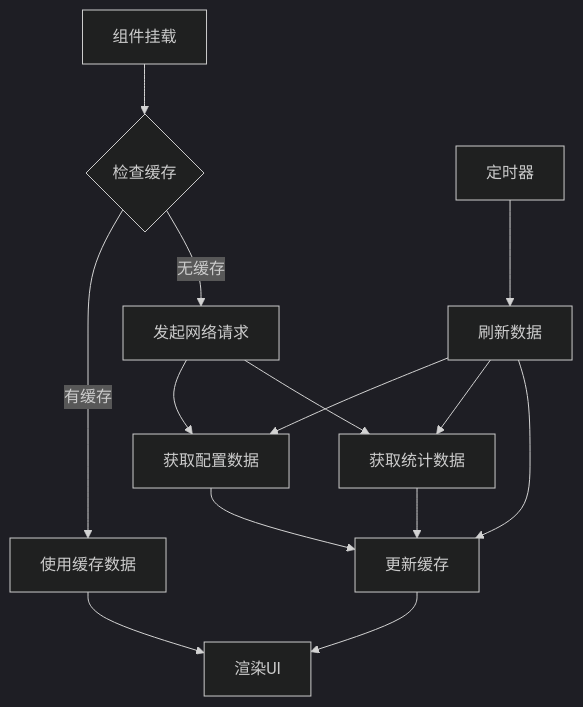
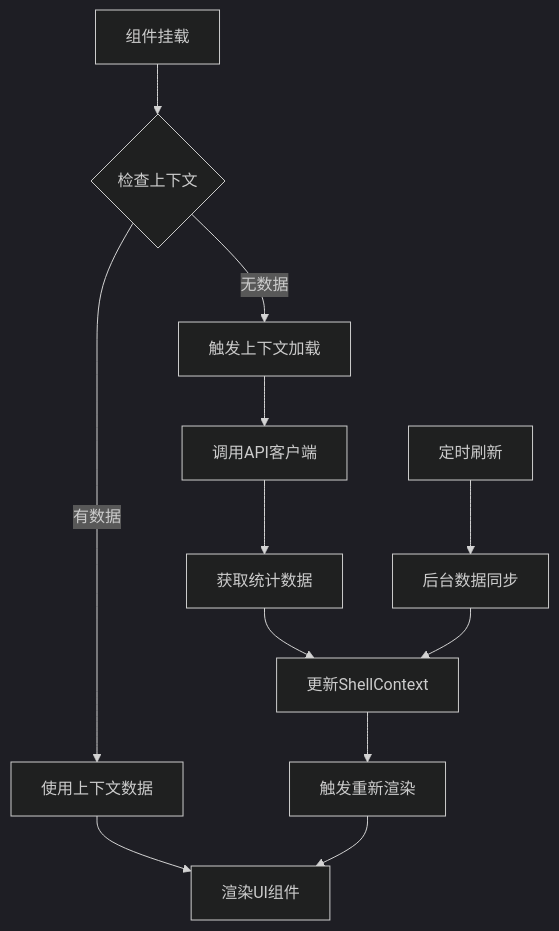
The sixth of 15 diagrams in .qoder/repowiki/zh/content/前端开发/Next.js应用架构.md (sansansansansan2022-web/hotclaw), drawn with Mermaid (dark theme) before and after one commit. The commit also changed other lines of this file and 860 other files, not shown here.

````diff
--- a/.qoder/repowiki/zh/content/前端开发/Next.js应用架构.md
+++ b/.qoder/repowiki/zh/content/前端开发/Next.js应用架构.md
@@ -213,16 +245,14 @@
 ```mermaid
 flowchart TD
-A[组件挂载] --> B{检查缓存}
-B --> |有缓存| C[使用缓存数据]
-B --> |无缓存| D[发起网络请求]
-D --> E[获取配置数据]
-D --> F[获取统计数据]
-E --> G[更新缓存]
-F --> G
-G --> H[渲染UI]
-C --> H
-I[定时器] --> J[刷新数据]
-J --> E
-J --> F
-J --> G
+A[组件挂载] --> B{检查上下文}
+B --> |有数据| C[使用上下文数据]
+B --> |无数据| D[触发上下文加载]
+D --> E[调用API客户端]
+E --> F[获取统计数据]
+F --> G[更新ShellContext]
+G --> H[触发重新渲染]
+C --> I[渲染UI组件]
+H --> I
+J[定时刷新] --> K[后台数据同步]
+K --> G
 ```
````
